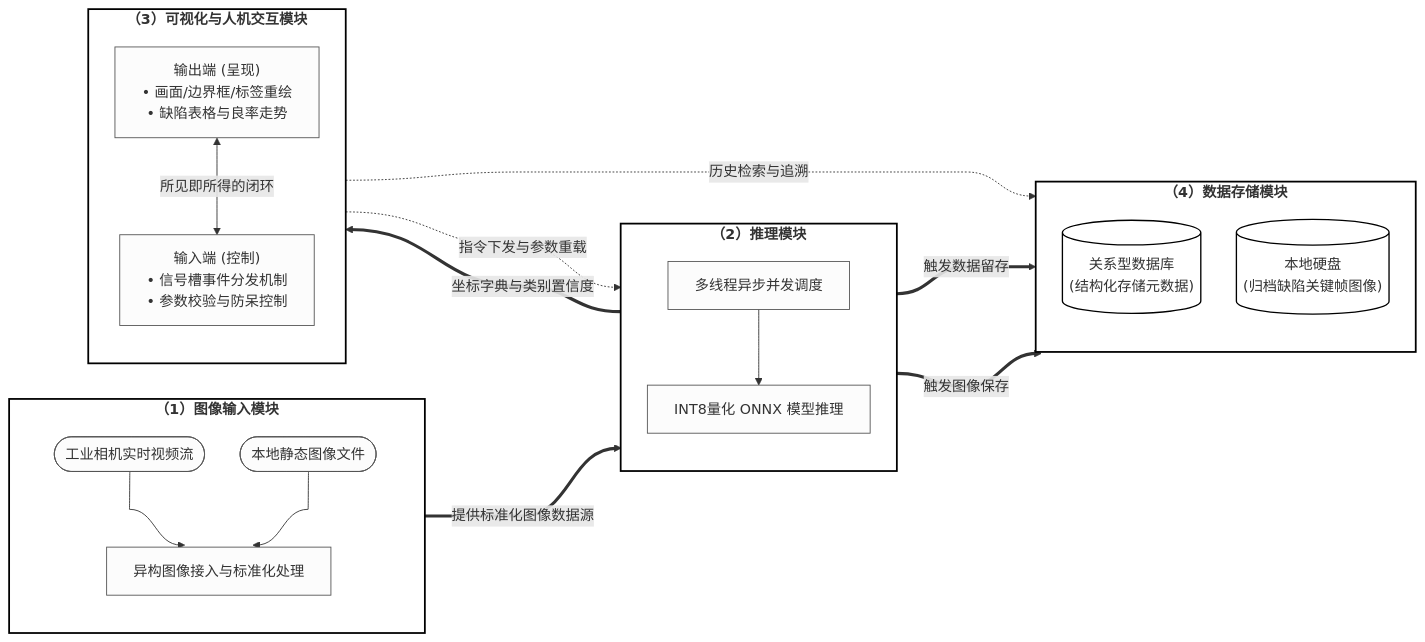
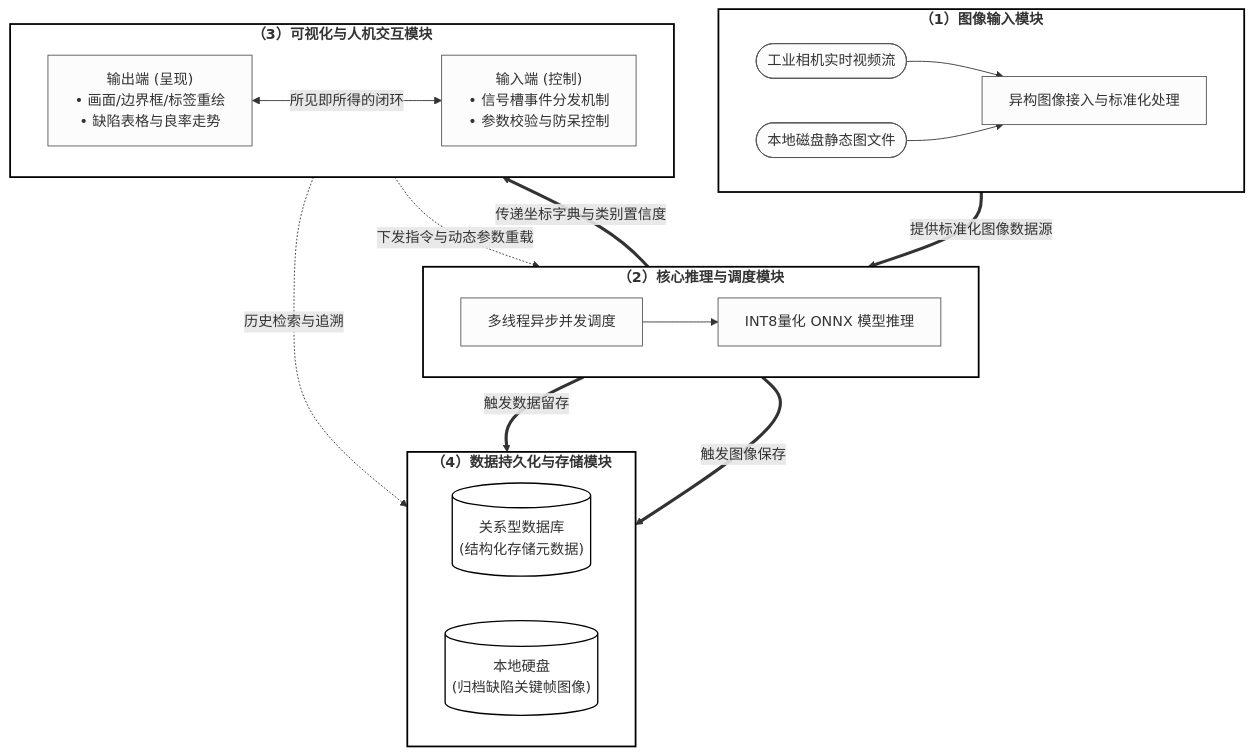
The diagram in all/未命名.md (MAOSHENGsong/iodraw-files), drawn with Mermaid before and after one commit.

Commit message:
2026-03-12 14:53:47 update

````diff
--- a/all/未命名.md
+++ b/all/未命名.md
@@ -1,57 +1,52 @@
 ```mermaid
-%%{init: {'flowchart': {'nodeSpacing': 40, 'rankSpacing': 60, 'curve': 'bumpX'}}}%%
-flowchart LR
+%%{init: {'flowchart': {'nodeSpacing': 50, 'rankSpacing': 60, 'curve': 'basis'}}}%%
+flowchart TD
     %% 定义整体样式：纯白背景，黑色边框，适合学术论文打印
     classDef moduleNode fill:#ffffff,stroke:#000000,stroke-width:2px,font-weight:bold;
     classDef subNode fill:#fcfcfc,stroke:#555555,stroke-width:1px;
     classDef dbNode fill:#ffffff,stroke:#000000,stroke-width:1.5px;
 
     %% --- 1. 图像输入模块 ---
     subgraph M1 ["（1）图像输入模块"]
-        direction TB
-        A1([工业相机实时视频流])
-        A2([本地静态图像文件])
-        A3[异构图像接入与标准化处理]
-        A1 --> A3
-        A2 --> A3
+        direction LR
+        A1([工业相机实时视频流]) --> A3[异构图像接入与标准化处理]
+        A2([本地磁盘静态图文件]) --> A3
     end
 
     %% --- 2. 推理模块 ---
-    subgraph M2 ["（2）推理模块"]
-        direction TB
-        B1[多线程异步并发调度]
-        B2[INT8量化 ONNX 模型推理]
-        B1 --> B2
+    subgraph M2 ["（2）核心推理与调度模块"]
+        direction LR
+        B1[多线程异步并发调度] --> B2[INT8量化 ONNX 模型推理]
     end
 
     %% --- 3. 可视化与人机交互模块 ---
     subgraph M3 ["（3）可视化与人机交互模块"]
-        direction TB
+        direction LR
         C1["输出端 (呈现)<br/>• 画面/边界框/标签重绘<br/>• 缺陷表格与良率走势"]
         C2["输入端 (控制)<br/>• 信号槽事件分发机制<br/>• 参数校验与防呆控制"]
         C1 <-->|所见即所得的闭环| C2
     end
 
     %% --- 4. 数据存储模块 ---
-    subgraph M4 ["（4）数据存储模块"]
-        direction TB
+    subgraph M4 ["（4）数据持久化与存储模块"]
+        direction LR
         D1[("关系型数据库<br/>(结构化存储元数据)")]
         D2[("本地硬盘<br/>(归档缺陷关键帧图像)")]
     end
 
-    %% --- 模块间的数据流向连线 ---
+    %% --- 模块间的数据流向连线 (自上而下瀑布流) ---
     A3 ==>|提供标准化图像数据源| B1
     
-    B2 ==>|坐标字典与类别置信度| C1
-    C2 -.->|指令下发与参数重载| B1
+    B2 ==>|传递坐标字典与类别置信度| C1
+    C2 -.->|下发指令与动态参数重载| B1
     
     B2 ==>|触发数据留存| D1
     B2 ==>|触发图像保存| D2
     
     C1 -.->|历史检索与追溯| D1
 
     %% --- 应用样式 ---
     class M1,M2,M3,M4 moduleNode;
     class A1,A2,A3,B1,B2,C1,C2 subNode;
     class D1,D2 dbNode;
 ```
````
